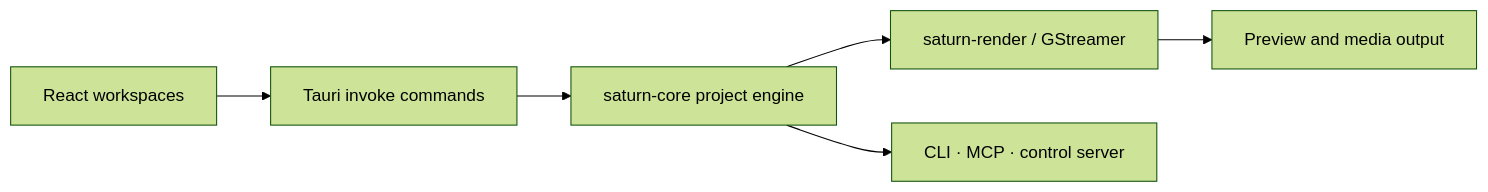
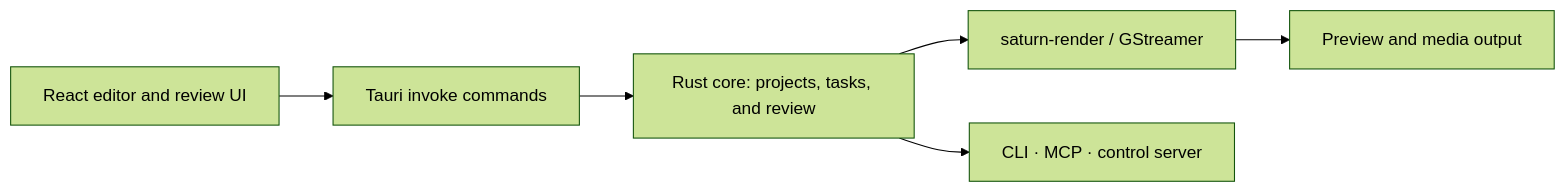
One commit to zvirox/easy-edits-pro changed the diagram in README.md. Above: the diagram before and after it, drawn with Mermaid (forest theme). The commit also changed other lines of this file, not shown here.

Commit message:
docs: refresh README project status

```diff
--- a/README.md
+++ b/README.md
@@ -102,8 +101,8 @@
 ~~~mermaid
 flowchart LR
-  UI[React workspaces] --> IPC[Tauri invoke commands]
-  IPC --> Core[saturn-core project engine]
+  UI[React editor and review UI] --> IPC[Tauri invoke commands]
+  IPC --> Core[Rust core: projects, tasks, and review]
   Core --> Render[saturn-render / GStreamer]
   Core --> Automation[CLI · MCP · control server]
   Render --> Output[Preview and media output]
 ~~~
```
